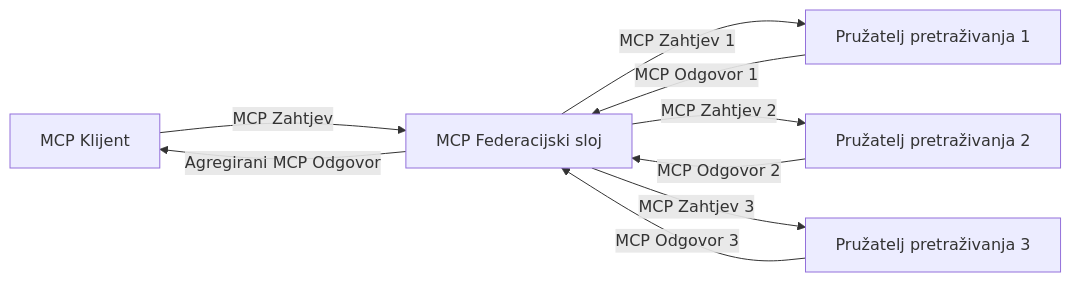
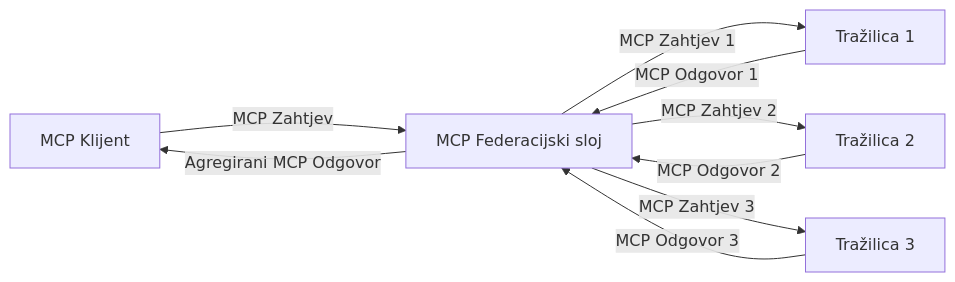
The third of 4 diagrams in translations/hr/05-AdvancedTopics/mcp-realtimesearch/README.md (microsoft/mcp-for-beginners), drawn with Mermaid before and after one commit. The commit also changed other lines of this file and 154 other files, not shown here.

````diff
--- a/translations/hr/05-AdvancedTopics/mcp-realtimesearch/README.md
+++ b/translations/hr/05-AdvancedTopics/mcp-realtimesearch/README.md
@@ -610,11 +612,11 @@
 ```mermaid
 graph LR
     Client[MCP Klijent] --> |MCP Zahtjev| Federation[MCP Federacijski sloj]
-    Federation --> |MCP Zahtjev 1| Search1[Pružatelj pretraživanja 1]
-    Federation --> |MCP Zahtjev 2| Search2[Pružatelj pretraživanja 2]
-    Federation --> |MCP Zahtjev 3| Search3[Pružatelj pretraživanja 3]
+    Federation --> |MCP Zahtjev 1| Search1[Tražilica 1]
+    Federation --> |MCP Zahtjev 2| Search2[Tražilica 2]
+    Federation --> |MCP Zahtjev 3| Search3[Tražilica 3]
     Search1 --> |MCP Odgovor 1| Federation
     Search2 --> |MCP Odgovor 2| Federation
     Search3 --> |MCP Odgovor 3| Federation
     Federation --> |Agregirani MCP Odgovor| Client
 ```
````
